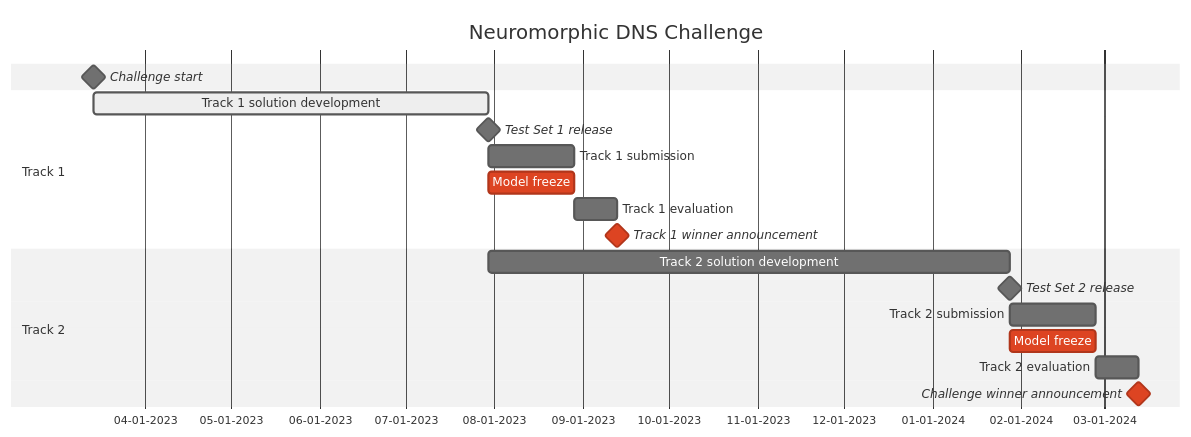
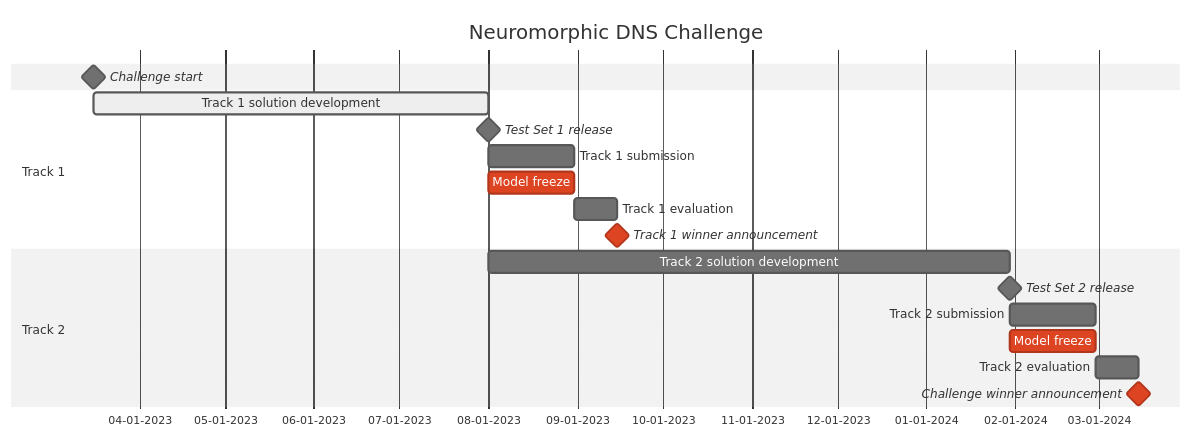
Before and after one commit to IntelLabs/IntelNeuromorphicDNSChallenge: the diagram in README.md, drawn with Mermaid (neutral theme). The commit also changed other lines of this file, not shown here.

Commit message:
Updated challenge timeline

````diff
--- a/README.md
+++ b/README.md
@@ -31,25 +31,25 @@
 ```mermaid
 gantt
     Title Neuromorphic DNS Challenge
     dateFormat  MM-DD-YYYY
     axisFormat  %m-%d-%Y
 
-    Challenge start :milestone, s0, 03-14-2023, 0d
+    Challenge start :milestone, s0, 03-16-2023, 0d
 
     section Track 1
     Track 1 solution development :active, t0, after s0, 138d
     Test Set 1 release           :milestone, after t0
     Track 1 submission           :t2, after t0, 30d
     Model freeze                 :crit, t2, after t0, 30d
     Track 1 evaluation           :t3, after t2, 15d
     Track 1 winner announcement  :crit, milestone, aftet t3
     
     section Track 2
     Track 2 solution development :tt0, after t0, 182d
     Test Set 2 release           :milestone, after tt0
     Track 2 submission           :tt2, after tt0, 30d
     Model freeze                 :crit, tt2, after tt0, 30d
     Track 2 evaluation           :tt3, after tt2, 15d
     Challenge winner announcement  :crit, milestone, aftet t3
 
 ```
````
